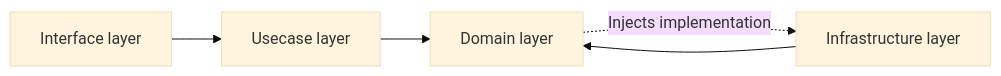
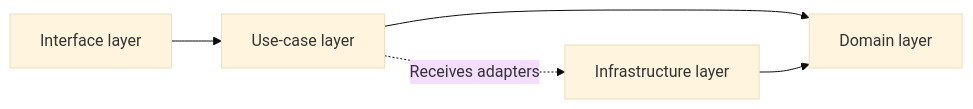
The diagram in docs/architecture.md (ricora/order), drawn with Mermaid (base theme) before and after one commit. The commit also changed other lines of this file and 127 other files, not shown here.

````diff
--- a/docs/architecture.md
+++ b/docs/architecture.md
@@ -126,7 +126,7 @@
 ```mermaid
 flowchart LR
-    Interface["Interface layer"] --> Usecase["Usecase layer"]
+    Interface["Interface layer"] --> Usecase["Use-case layer"]
     Usecase --> Domain["Domain layer"]
     Infrastructure["Infrastructure layer"] --> Domain
-    Domain -. Injects implementation .-> Infrastructure
+    Usecase -. Receives adapters .-> Infrastructure
 ```
````
